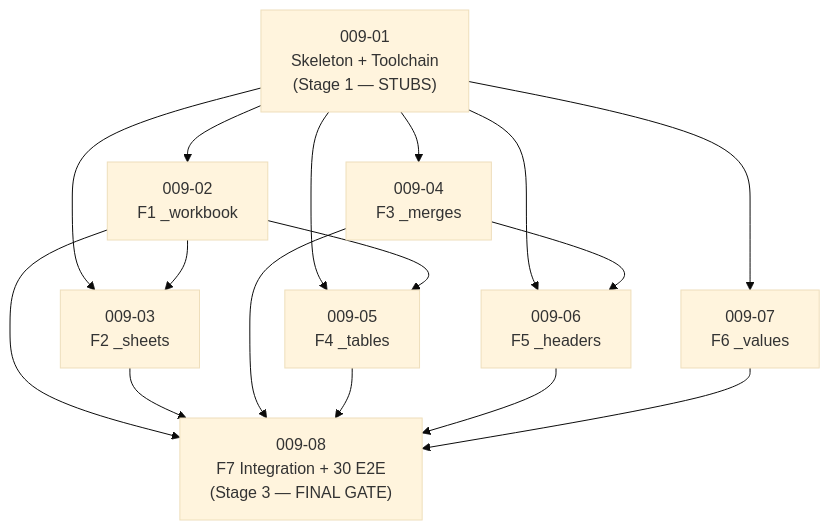
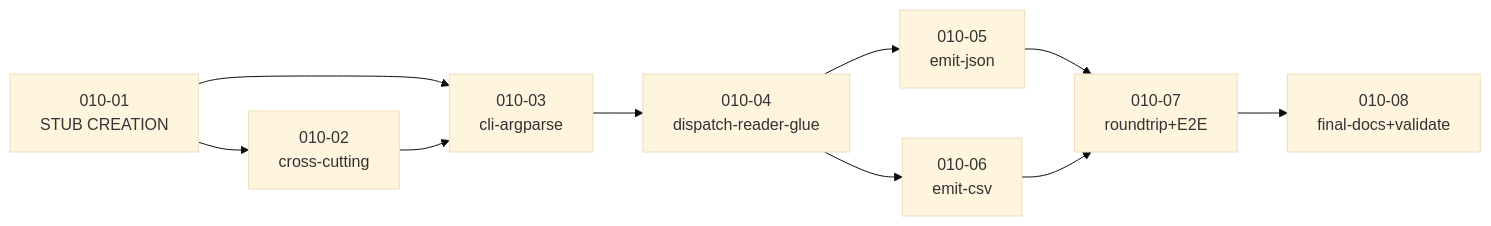
Before and after one commit to MatrixFounder/Universal-skills: the diagram in docs/PLAN.md, drawn with Mermaid (base theme). The commit also changed other lines of this file and 16 other files, not shown here.

````diff
--- a/docs/PLAN.md
+++ b/docs/PLAN.md
@@ -196,27 +327,21 @@
 ```mermaid
-flowchart TB
-    T01["009-01<br/>Skeleton + Toolchain<br/>(Stage 1 — STUBS)"]
-    T02["009-02<br/>F1 _workbook"]
-    T03["009-03<br/>F2 _sheets"]
-    T04["009-04<br/>F3 _merges"]
-    T05["009-05<br/>F4 _tables"]
-    T06["009-06<br/>F5 _headers"]
-    T07["009-07<br/>F6 _values"]
-    T08["009-08<br/>F7 Integration + 30 E2E<br/>(Stage 3 — FINAL GATE)"]
+flowchart LR
+    T01[010-01<br/>STUB CREATION]
+    T02[010-02<br/>cross-cutting]
+    T03[010-03<br/>cli-argparse]
+    T04[010-04<br/>dispatch-reader-glue]
+    T05[010-05<br/>emit-json]
+    T06[010-06<br/>emit-csv]
+    T07[010-07<br/>roundtrip+E2E]
+    T08[010-08<br/>final-docs+validate]
 
     T01 --> T02
     T01 --> T03
-    T01 --> T04
-    T01 --> T05
-    T01 --> T06
-    T01 --> T07
     T02 --> T03
-    T02 --> T05
+    T03 --> T04
+    T04 --> T05
     T04 --> T06
-    T02 --> T08
-    T03 --> T08
-    T04 --> T08
-    T05 --> T08
-    T06 --> T08
+    T05 --> T07
+    T06 --> T07
     T07 --> T08
 ```
````
